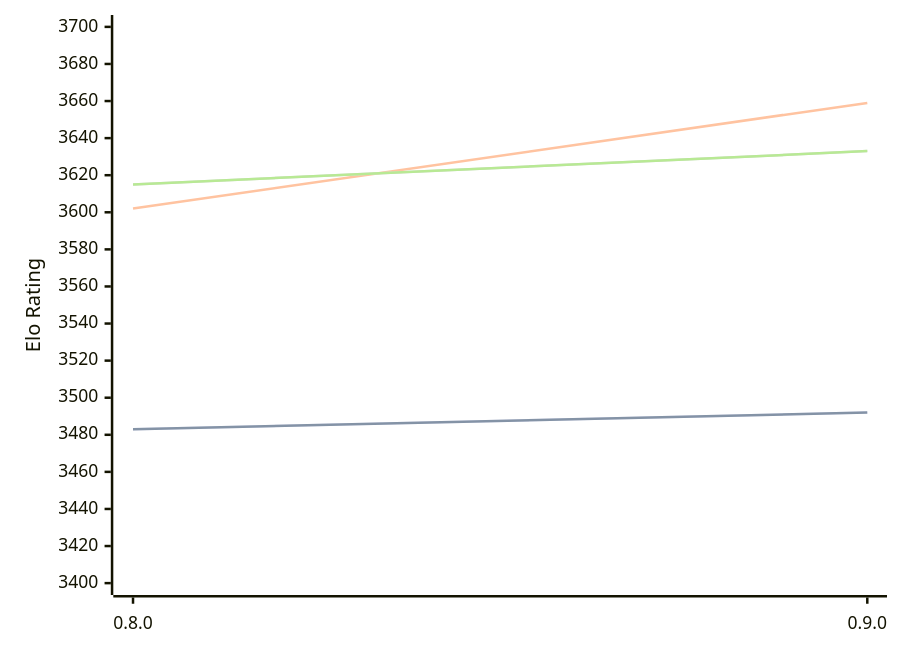
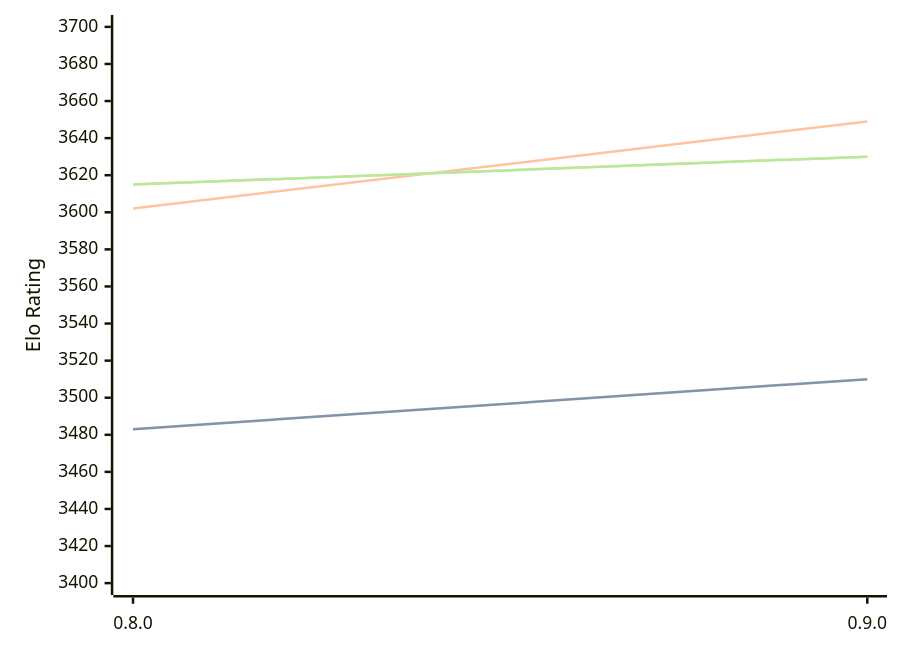
The diagram in engines/Reckless.md (computer-chess-index/cci), drawn with Mermaid before and after one commit. The commit also changed other lines of this file, not shown here.

Commit message:
Update CCI Ratings (ELO VLTC) - 2026-03-02

````diff
--- a/engines/Reckless.md
+++ b/engines/Reckless.md
@@ -37,11 +37,11 @@
 ```mermaid
 %%{init: {"theme":"base","themeVariables":{"seriesColors:['#a3a3a3','#222221','#faa371']}}}%%
 xychart-beta
   x-axis ["0.8.0", "0.9.0"]
   y-axis "Elo Rating" 3400 --> 3700
-  line "STC (8.0+0.08s)" [3483, 3492]
-  line "STC (8.0+0.08s)" [3483, 3492]
-  line "LTC (60.0+0.60s)" [3602, 3659]
-  line "VLTC (2m24s+1.12s)" [3615, 3633]
-  line "VLTC (2m24s+1.12s)" [3615, 3633]
+  line "STC (8.0+0.08s)" [3483, 3510]
+  line "STC (8.0+0.08s)" [3483, 3510]
+  line "LTC (60.0+0.60s)" [3602, 3649]
+  line "VLTC (2m24s+1.12s)" [3615, 3630]
+  line "VLTC (2m24s+1.12s)" [3615, 3630]
 ```
````
